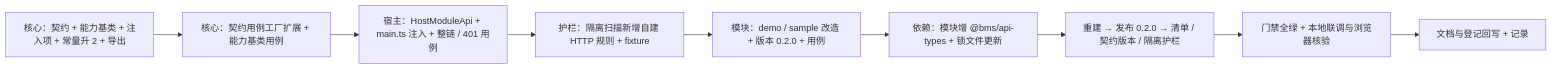
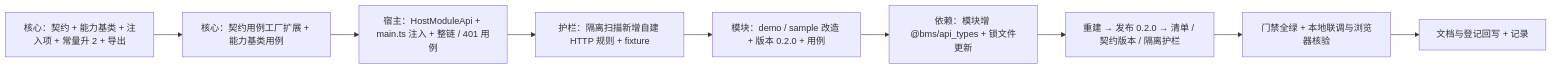
The diagram in bms文档/项目/06_认证与安全/任务/06_契约与模块请求能力/06_契约与模块请求能力_02_模块请求能力api与契约版本升2/实施/01_实施_02_模块请求能力api与契约版本升2.md (minjian123/basic-management-system), drawn with Mermaid before and after one commit. The commit also changed other lines of this file and 919 other files, not shown here.

````diff
--- a/bms文档/项目/06_认证与安全/任务/06_契约与模块请求能力/06_契约与模块请求能力_02_模块请求能力api与契约版本升2/实施/01_实施_02_模块请求能力api与契约版本升2.md
+++ b/bms文档/项目/06_认证与安全/任务/06_契约与模块请求能力/06_契约与模块请求能力_02_模块请求能力api与契约版本升2/实施/01_实施_02_模块请求能力api与契约版本升2.md
@@ -15,11 +15,11 @@
 ```mermaid
 flowchart LR
     A["核心：契约 + 能力基类 + 注入项 + 常量升 2 + 导出"] --> B["核心：契约用例工厂扩展 + 能力基类用例"]
     B --> C["宿主：HostModuleApi + main.ts 注入 + 整链 / 401 用例"]
     C --> D["护栏：隔离扫描新增自建 HTTP 规则 + fixture"]
     D --> E["模块：demo / sample 改造 + 版本 0.2.0 + 用例"]
-    E --> F["依赖：模块增 @bms/api-types + 锁文件更新"]
+    E --> F["依赖：模块增 @bms/api_types + 锁文件更新"]
     F --> G["重建 → 发布 0.2.0 → 清单 / 契约版本 / 隔离护栏"]
     G --> H["门禁全绿 + 本地联调与浏览器核验"]
     H --> I["文档与登记回写 + 记录"]
 ```
````
